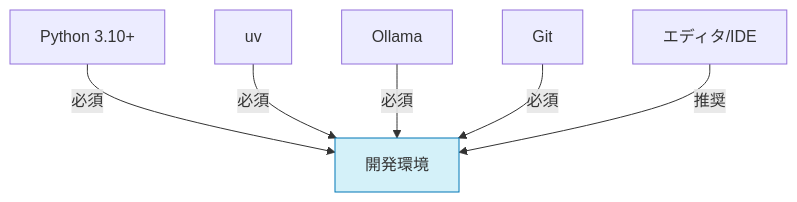
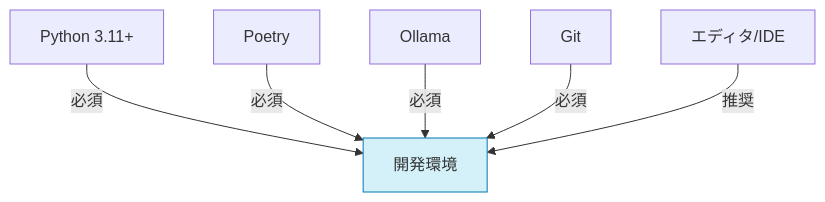
The first of 2 diagrams in docs/DEVELOPMENT_SETUP.md (NewAITees/ollama-mcp-client-webapp), drawn with Mermaid before and after one commit. The commit also changed other lines of this file and 7 other files, not shown here.

````diff
--- a/docs/DEVELOPMENT_SETUP.md
+++ b/docs/DEVELOPMENT_SETUP.md
@@ -14,10 +14,10 @@
 ```mermaid
 graph TD
-    A[Python 3.10+] -->|必須| D[開発環境]
-    B[uv] -->|必須| D
+    A[Python 3.11+] -->|必須| D[開発環境]
+    B[Poetry] -->|必須| D
     C[Ollama] -->|必須| D
     E[Git] -->|必須| D
     F[エディタ/IDE] -->|推奨| D
     
     style D fill:#d4f1f9,stroke:#0077b6
 ```
````
